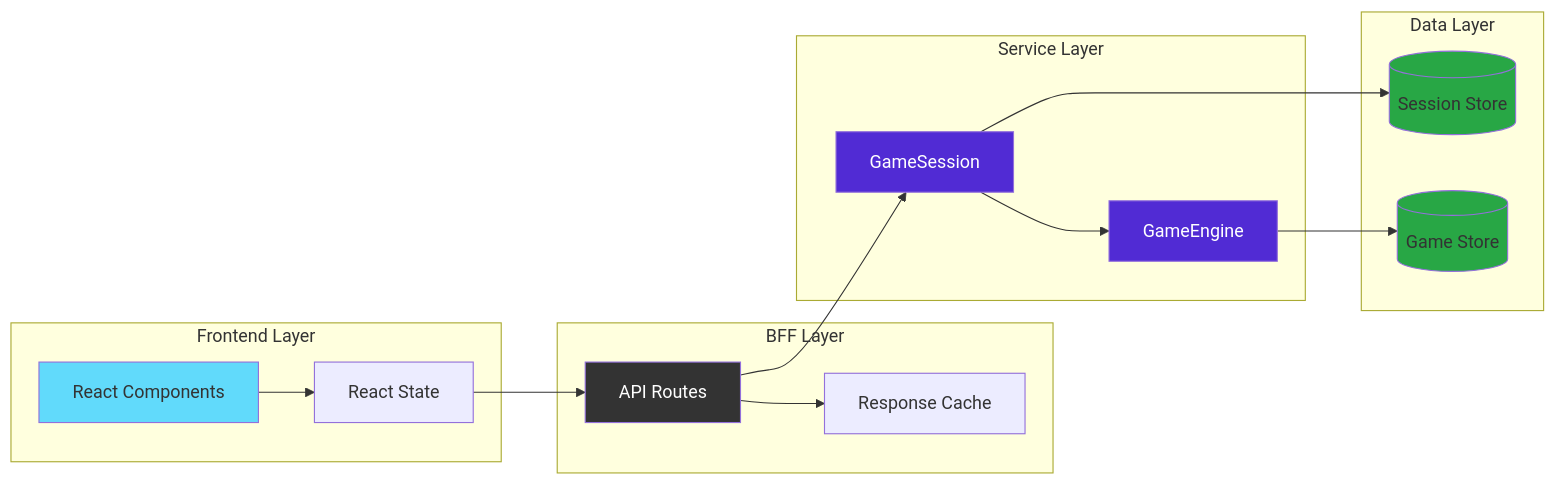
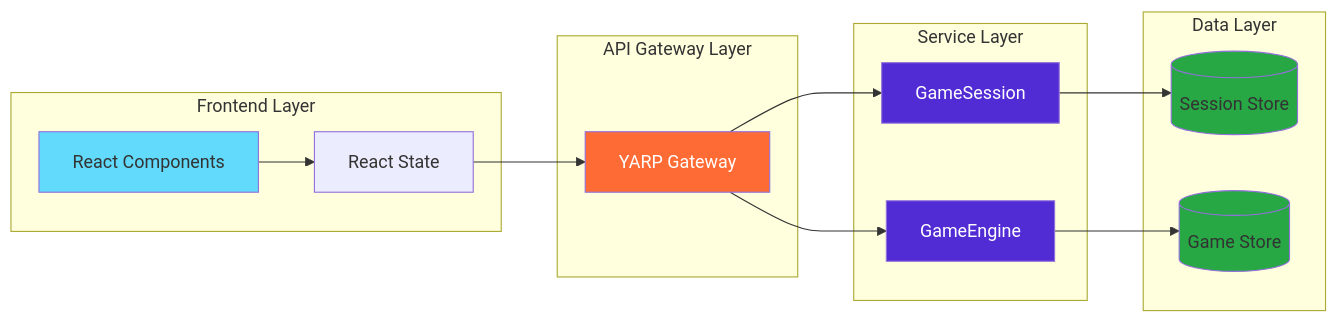
Before and after one commit to dmitrycx/TicTacToe: the fourth of 4 diagrams in README.md, drawn with Mermaid. The commit also changed other lines of this file and 17 other files, not shown here.

First line of the commit message:
feat: Implement YARP API Gateway and align .NET SDK version

````diff
--- a/README.md
+++ b/README.md
@@ -127,37 +133,35 @@
 ```mermaid
 graph LR
     subgraph "Frontend Layer"
         UI[React Components]
         State[React State]
     end
     
-    subgraph "BFF Layer"
-        API[API Routes]
-        Cache[Response Cache]
+    subgraph "API Gateway Layer"
+        YARP[YARP Gateway]
     end
     
     subgraph "Service Layer"
         GS[GameSession]
         GE[GameEngine]
     end
     
     subgraph "Data Layer"
         SessionDB[(Session Store)]
         GameDB[(Game Store)]
     end
     
     UI --> State
-    State --> API
-    API --> Cache
-    API --> GS
-    GS --> GE
+    State --> YARP
+    YARP --> GS
+    YARP --> GE
     GS --> SessionDB
     GE --> GameDB
     
     style UI fill:#61DAFB
-    style API fill:#333,color:#fff
+    style YARP fill:#FF6B35,color:#fff
     style GS fill:#512BD4,color:#fff
     style GE fill:#512BD4,color:#fff
     style SessionDB fill:#28a745
     style GameDB fill:#28a745
 ```
````
